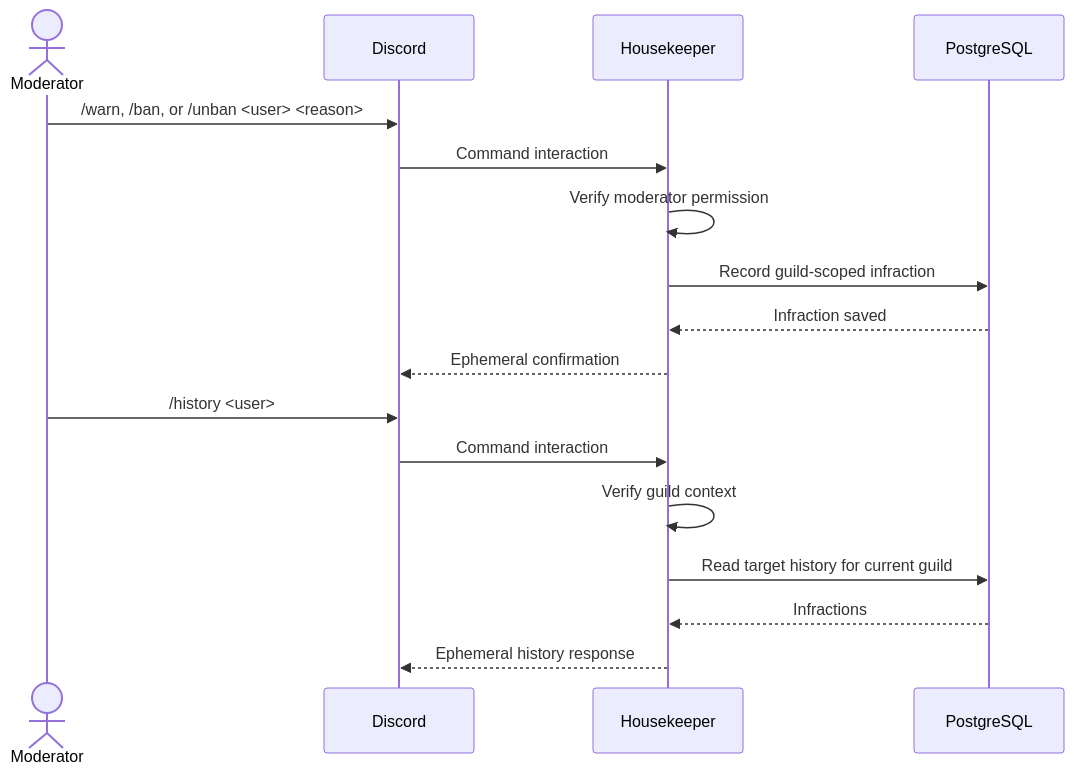
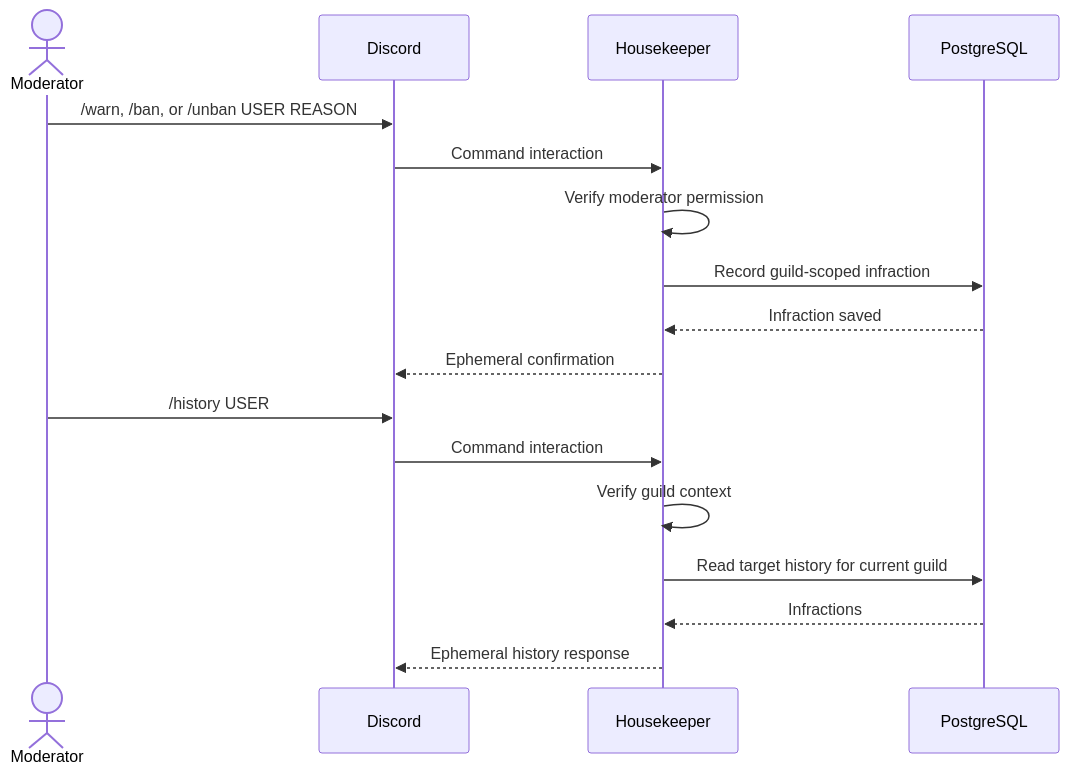
Before and after one commit to confessore/Housekeeper: the sixth of 9 diagrams in docs/workflows.md, drawn with Mermaid. The commit also changed other lines of this file, not shown here.

First line of the commit message:
docs(diagrams): fix Mermaid sequence syntax

````diff
--- a/docs/workflows.md
+++ b/docs/workflows.md
@@ -123,21 +123,21 @@
 ```mermaid
 sequenceDiagram
     actor Moderator
     participant Discord
     participant Bot as Housekeeper
     participant DB as PostgreSQL
 
-    Moderator->>Discord: /warn, /ban, or /unban <user> <reason>
+    Moderator->>Discord: /warn, /ban, or /unban USER REASON
     Discord->>Bot: Command interaction
     Bot->>Bot: Verify moderator permission
     Bot->>DB: Record guild-scoped infraction
     DB-->>Bot: Infraction saved
     Bot-->>Discord: Ephemeral confirmation
 
-    Moderator->>Discord: /history <user>
+    Moderator->>Discord: /history USER
     Discord->>Bot: Command interaction
     Bot->>Bot: Verify guild context
     Bot->>DB: Read target history for current guild
     DB-->>Bot: Infractions
     Bot-->>Discord: Ephemeral history response
 ```
````
